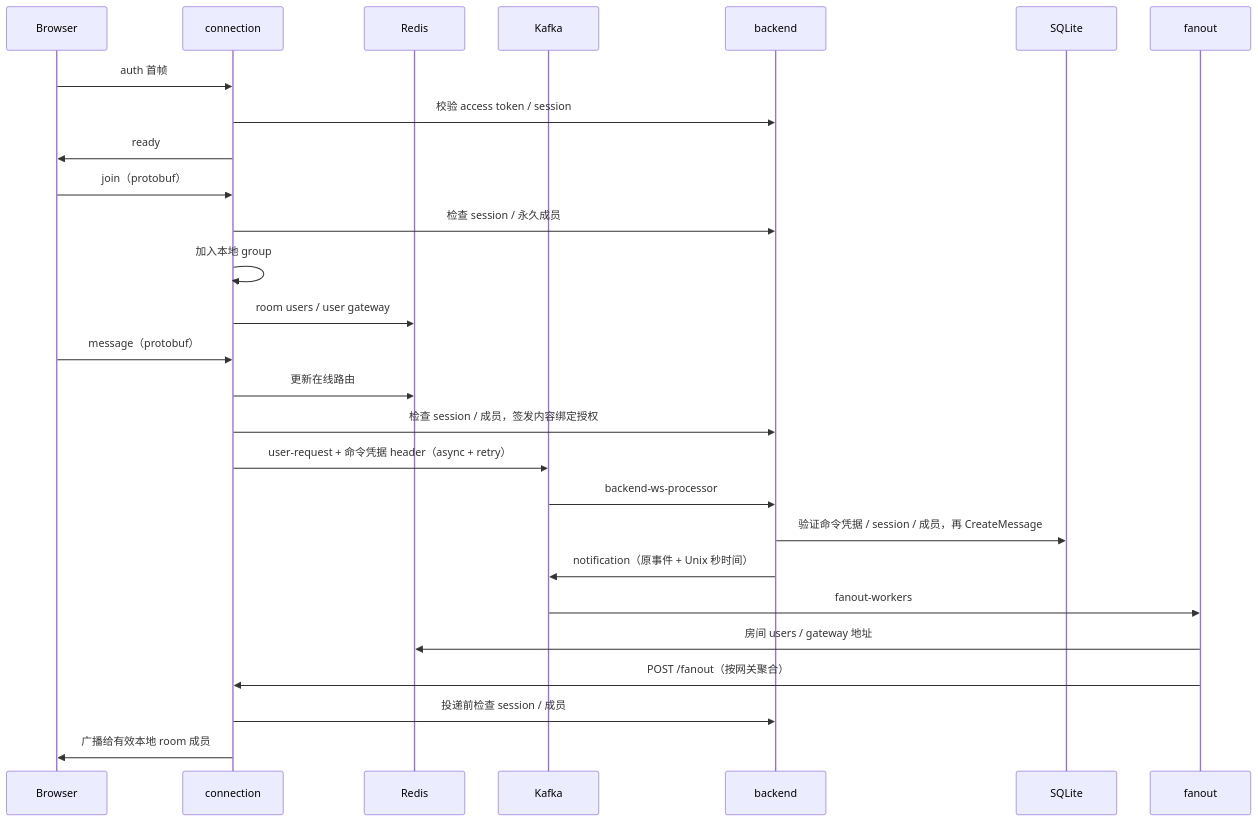
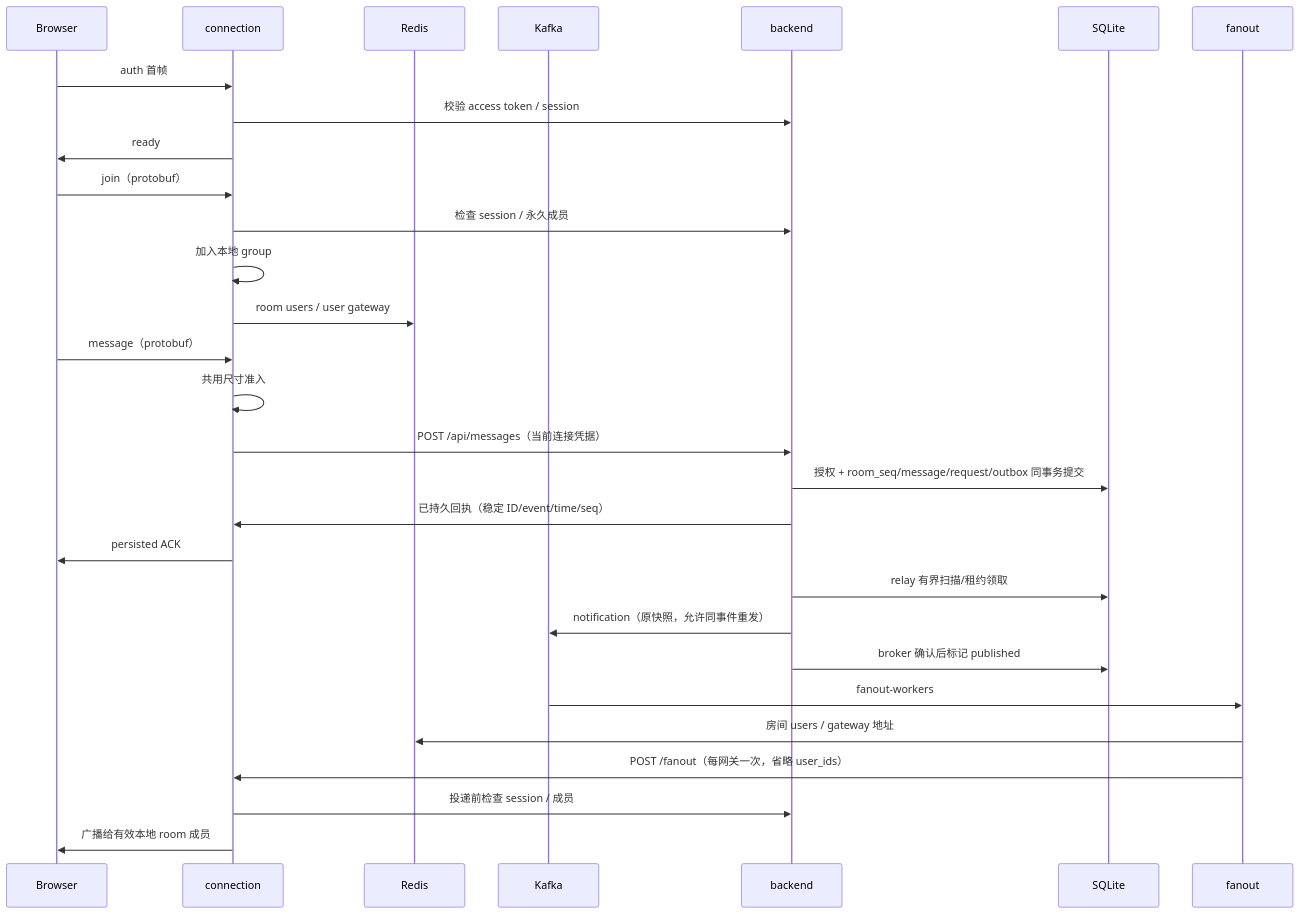
One commit to yuhanzhagn/chords changed the diagram in docs/architecture.md. Above: the diagram before and after it, drawn with Mermaid. The commit also changed other lines of this file and 79 other files, not shown here.

````diff
--- a/docs/architecture.md
+++ b/docs/architecture.md
@@ -17,29 +17,31 @@
 ```mermaid
 sequenceDiagram
     participant U as Browser
     participant C as connection
     participant R as Redis
     participant K as Kafka
     participant B as backend
     participant D as SQLite
     participant F as fanout
     U->>C: auth 首帧
     C->>B: 校验 access token / session
     C->>U: ready
     U->>C: join（protobuf）
     C->>B: 检查 session / 永久成员
     C->>C: 加入本地 group
     C->>R: room users / user gateway
     U->>C: message（protobuf）
-    C->>R: 更新在线路由
-    C->>B: 检查 session / 成员，签发内容绑定授权
-    C->>K: user-request + 命令凭据 header（async + retry）
-    K->>B: backend-ws-processor
-    B->>D: 验证命令凭据 / session / 成员，再 CreateMessage
-    B->>K: notification（原事件 + Unix 秒时间）
+    C->>C: 共用尺寸准入
+    C->>B: POST /api/messages（当前连接凭据）
+    B->>D: 授权 + room_seq/message/request/outbox 同事务提交
+    B->>C: 已持久回执（稳定 ID/event/time/seq）
+    C->>U: persisted ACK
+    B->>D: relay 有界扫描/租约领取
+    B->>K: notification（原快照，允许同事件重发）
+    B->>D: broker 确认后标记 published
     K->>F: fanout-workers
     F->>R: 房间 users / gateway 地址
-    F->>C: POST /fanout（按网关聚合）
+    F->>C: POST /fanout（每网关一次，省略 user_ids）
     C->>B: 投递前检查 session / 成员
     C->>U: 广播给有效本地 room 成员
 ```
````
